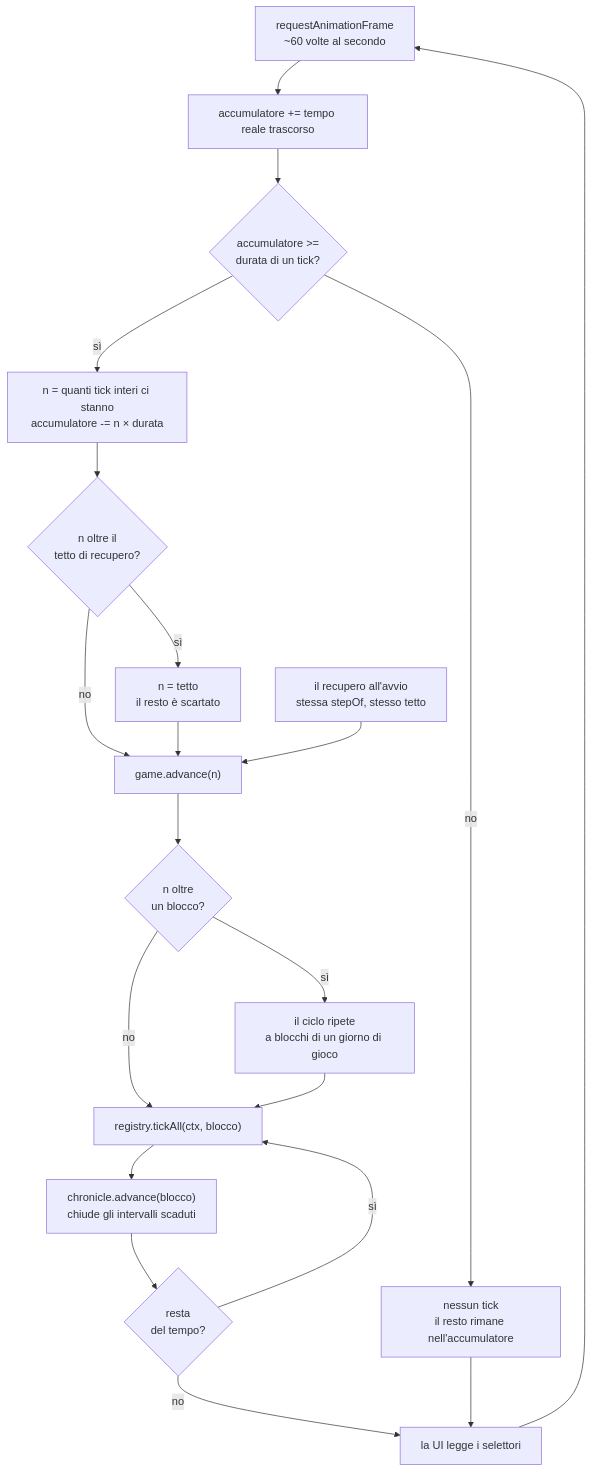
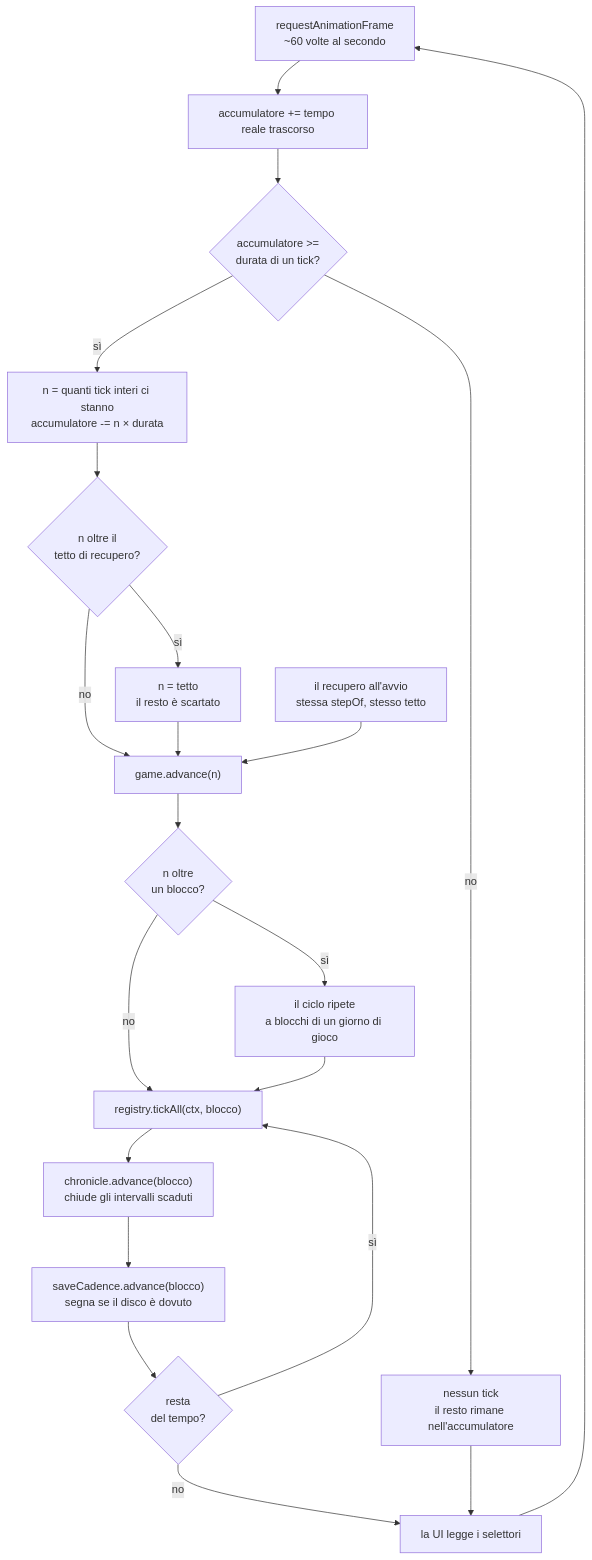
Before and after one commit to devfrx/solvent: the first of 4 diagrams in docs/design/flusso-tick.md, drawn with Mermaid. The commit also changed other lines of this file and 3 other files, not shown here.

````diff
--- a/docs/design/flusso-tick.md
+++ b/docs/design/flusso-tick.md
@@ -24,22 +24,23 @@
 ```mermaid
 flowchart TD
   RAF["requestAnimationFrame<br/>~60 volte al secondo"] --> ACC["accumulatore += tempo reale trascorso"]
   ACC --> Q{"accumulatore >=<br/>durata di un tick?"}
   Q -- no --> WAIT["nessun tick<br/>il resto rimane nell'accumulatore"]
   Q -- sì --> N["n = quanti tick interi ci stanno<br/>accumulatore -= n × durata"]
   N --> CAP{"n oltre il<br/>tetto di recupero?"}
   CAP -- sì --> CLAMP["n = tetto<br/>il resto è scartato"]
   CAP -- no --> ADV
   CLAMP --> ADV["game.advance(n)"]
   BOOT["il recupero all'avvio<br/>stessa stepOf, stesso tetto"] --> ADV
   ADV --> BLK{"n oltre<br/>un blocco?"}
   BLK -- sì --> SPLIT["il ciclo ripete<br/>a blocchi di un giorno di gioco"]
   BLK -- no --> TICK
   SPLIT --> TICK["registry.tickAll(ctx, blocco)"]
   TICK --> CHR["chronicle.advance(blocco)<br/>chiude gli intervalli scaduti"]
-  CHR --> MORE{"resta<br/>del tempo?"}
+  CHR --> CAD["saveCadence.advance(blocco)<br/>segna se il disco è dovuto"]
+  CAD --> MORE{"resta<br/>del tempo?"}
   MORE -- sì --> TICK
   MORE -- no --> RENDER["la UI legge i selettori"]
   WAIT --> RENDER
   RENDER --> RAF
 ```
````
